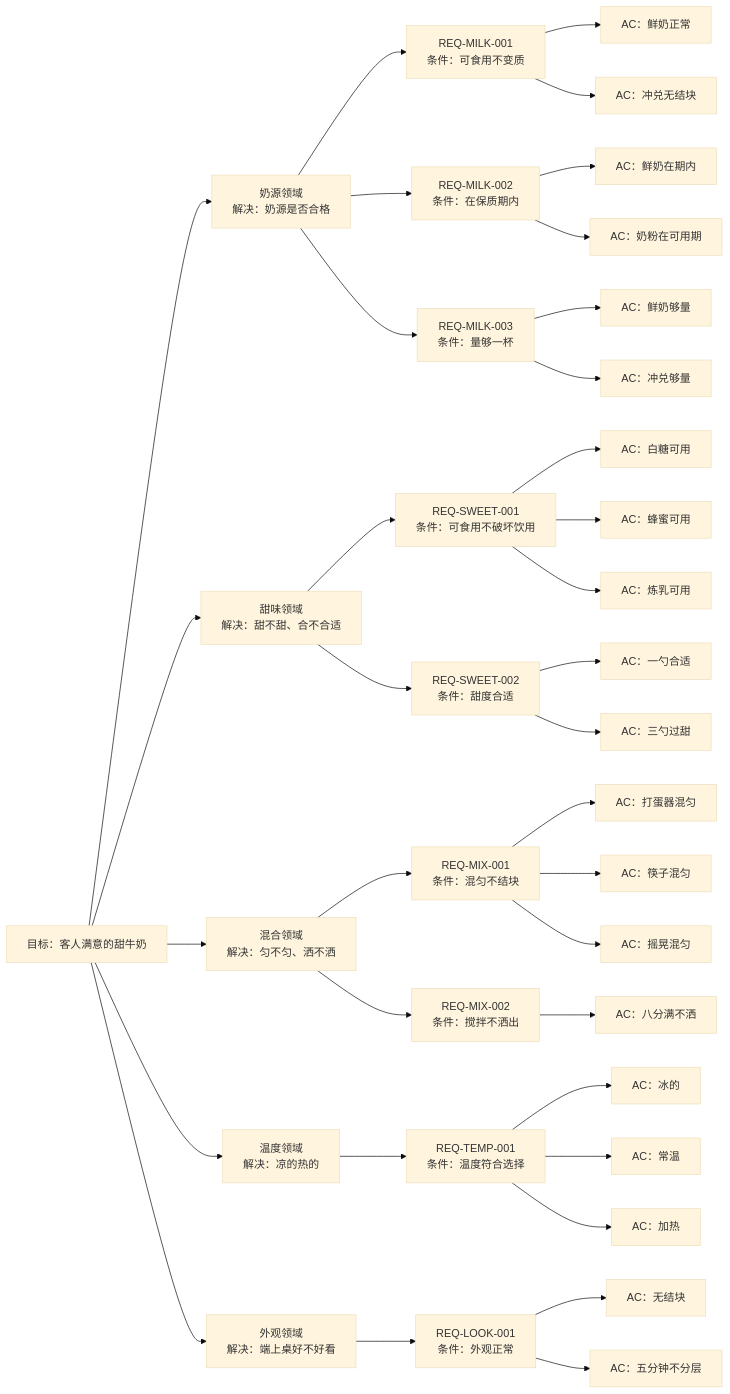
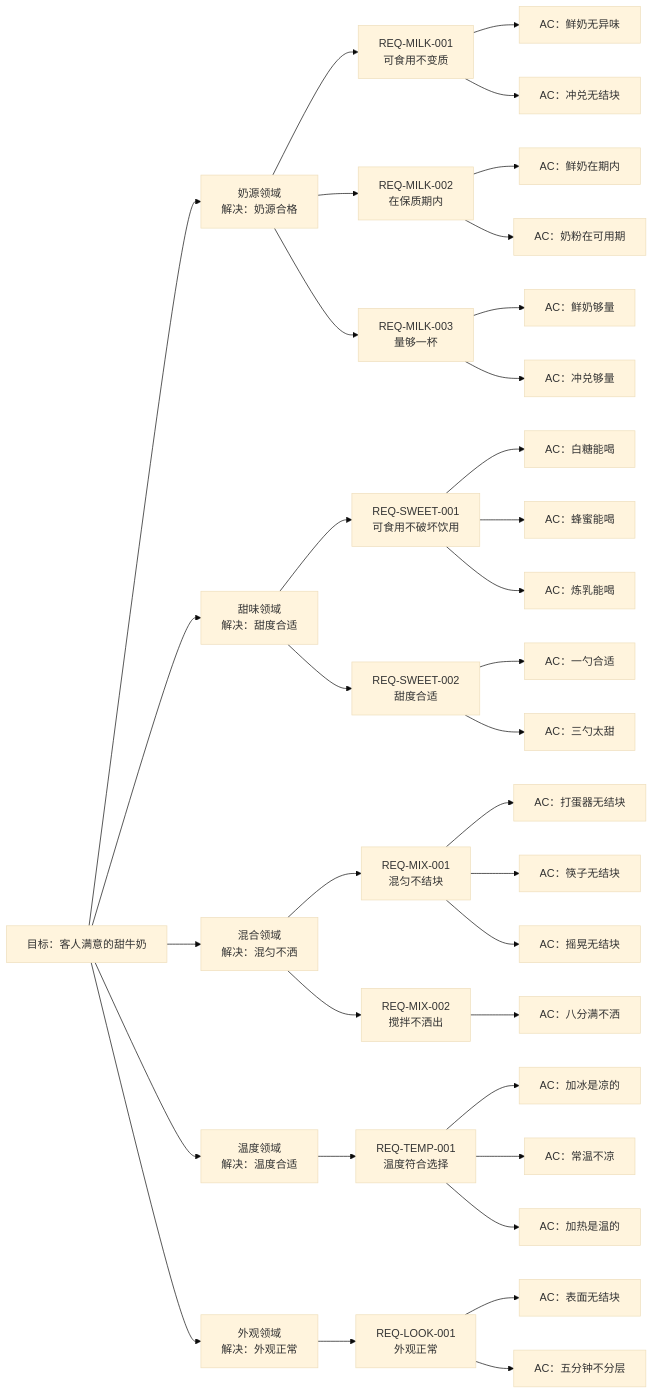
The second of 2 diagrams in docs/GOAL.md (morewhyhan/Ignite), drawn with Mermaid (base theme) before and after one commit. The commit also changed other lines of this file and 1 other file, not shown here.

Commit message:
docs: align the milk example with the goal spec

````diff
--- a/docs/GOAL.md
+++ b/docs/GOAL.md
@@ -239,72 +239,72 @@
 ```mermaid
 flowchart LR
   G["目标：客人满意的甜牛奶"]
-  D1["奶源领域<br/>解决：奶源是否合格"]
-  D2["甜味领域<br/>解决：甜不甜、合不合适"]
-  D3["混合领域<br/>解决：匀不匀、洒不洒"]
-  D4["温度领域<br/>解决：凉的热的"]
-  D5["外观领域<br/>解决：端上桌好不好看"]
+  D1["奶源领域<br/>解决：奶源合格"]
+  D2["甜味领域<br/>解决：甜度合适"]
+  D3["混合领域<br/>解决：混匀不洒"]
+  D4["温度领域<br/>解决：温度合适"]
+  D5["外观领域<br/>解决：外观正常"]
   G --> D1
   G --> D2
   G --> D3
   G --> D4
   G --> D5
-  R11["REQ-MILK-001<br/>条件：可食用不变质"]
-  R12["REQ-MILK-002<br/>条件：在保质期内"]
-  R13["REQ-MILK-003<br/>条件：量够一杯"]
-  R21["REQ-SWEET-001<br/>条件：可食用不破坏饮用"]
-  R22["REQ-SWEET-002<br/>条件：甜度合适"]
-  R31["REQ-MIX-001<br/>条件：混匀不结块"]
-  R32["REQ-MIX-002<br/>条件：搅拌不洒出"]
-  R41["REQ-TEMP-001<br/>条件：温度符合选择"]
-  R51["REQ-LOOK-001<br/>条件：外观正常"]
+  R11["REQ-MILK-001<br/>可食用不变质"]
+  R12["REQ-MILK-002<br/>在保质期内"]
+  R13["REQ-MILK-003<br/>量够一杯"]
+  R21["REQ-SWEET-001<br/>可食用不破坏饮用"]
+  R22["REQ-SWEET-002<br/>甜度合适"]
+  R31["REQ-MIX-001<br/>混匀不结块"]
+  R32["REQ-MIX-002<br/>搅拌不洒出"]
+  R41["REQ-TEMP-001<br/>温度符合选择"]
+  R51["REQ-LOOK-001<br/>外观正常"]
   D1 --> R11
   D1 --> R12
   D1 --> R13
   D2 --> R21
   D2 --> R22
   D3 --> R31
   D3 --> R32
   D4 --> R41
   D5 --> R51
-  A1["AC：鲜奶正常"]
+  A1["AC：鲜奶无异味"]
   A2["AC：冲兑无结块"]
   A3["AC：鲜奶在期内"]
   A4["AC：奶粉在可用期"]
   A5["AC：鲜奶够量"]
   A6["AC：冲兑够量"]
-  A7["AC：白糖可用"]
-  A8["AC：蜂蜜可用"]
-  A9["AC：炼乳可用"]
+  A7["AC：白糖能喝"]
+  A8["AC：蜂蜜能喝"]
+  A9["AC：炼乳能喝"]
   A10["AC：一勺合适"]
-  A11["AC：三勺过甜"]
-  A12["AC：打蛋器混匀"]
-  A13["AC：筷子混匀"]
-  A14["AC：摇晃混匀"]
+  A11["AC：三勺太甜"]
+  A12["AC：打蛋器无结块"]
+  A13["AC：筷子无结块"]
+  A14["AC：摇晃无结块"]
   A15["AC：八分满不洒"]
-  A16["AC：冰的"]
-  A17["AC：常温"]
-  A18["AC：加热"]
-  A19["AC：无结块"]
+  A16["AC：加冰是凉的"]
+  A17["AC：常温不凉"]
+  A18["AC：加热是温的"]
+  A19["AC：表面无结块"]
   A20["AC：五分钟不分层"]
   R11 --> A1
   R11 --> A2
   R12 --> A3
   R12 --> A4
   R13 --> A5
   R13 --> A6
   R21 --> A7
   R21 --> A8
   R21 --> A9
   R22 --> A10
   R22 --> A11
   R31 --> A12
   R31 --> A13
   R31 --> A14
   R32 --> A15
   R41 --> A16
   R41 --> A17
   R41 --> A18
   R51 --> A19
   R51 --> A20
 ```
````
